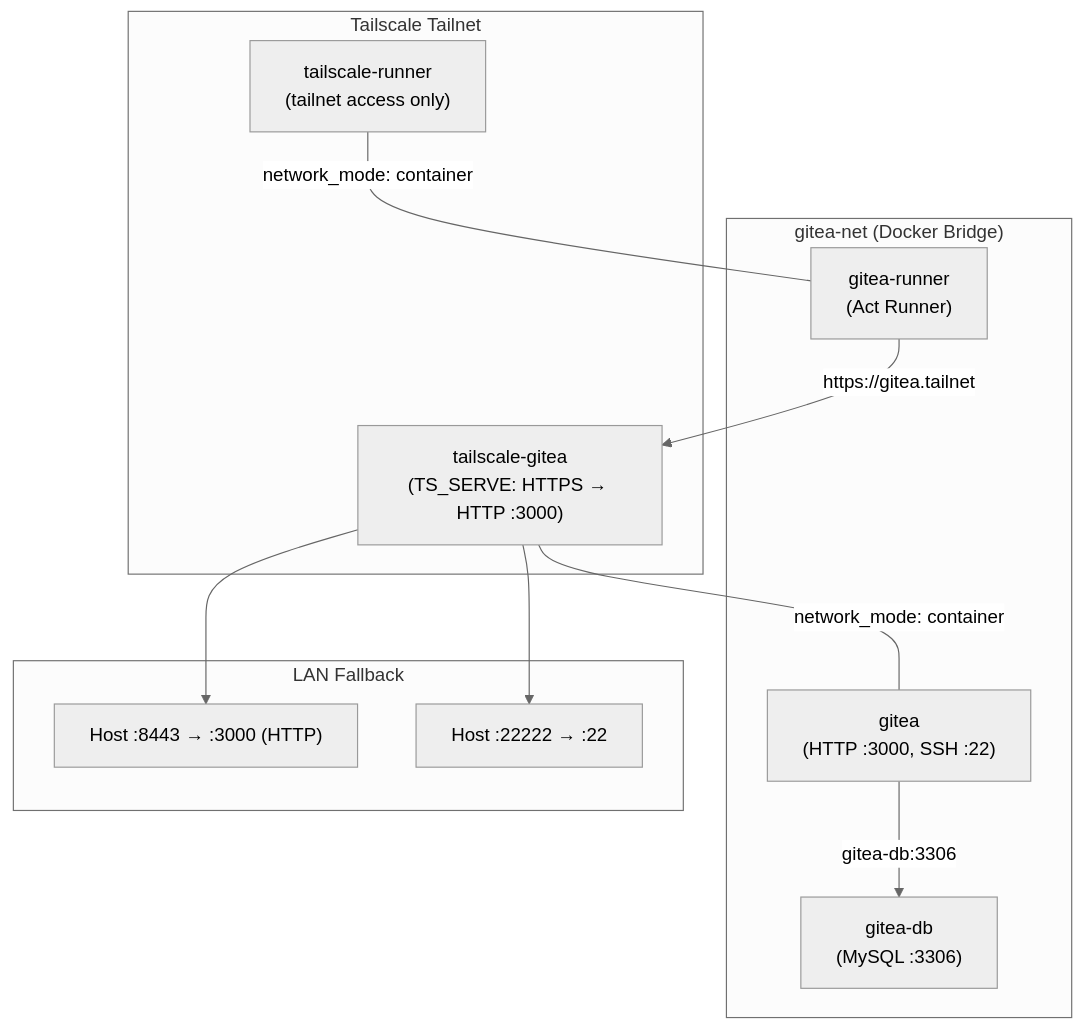
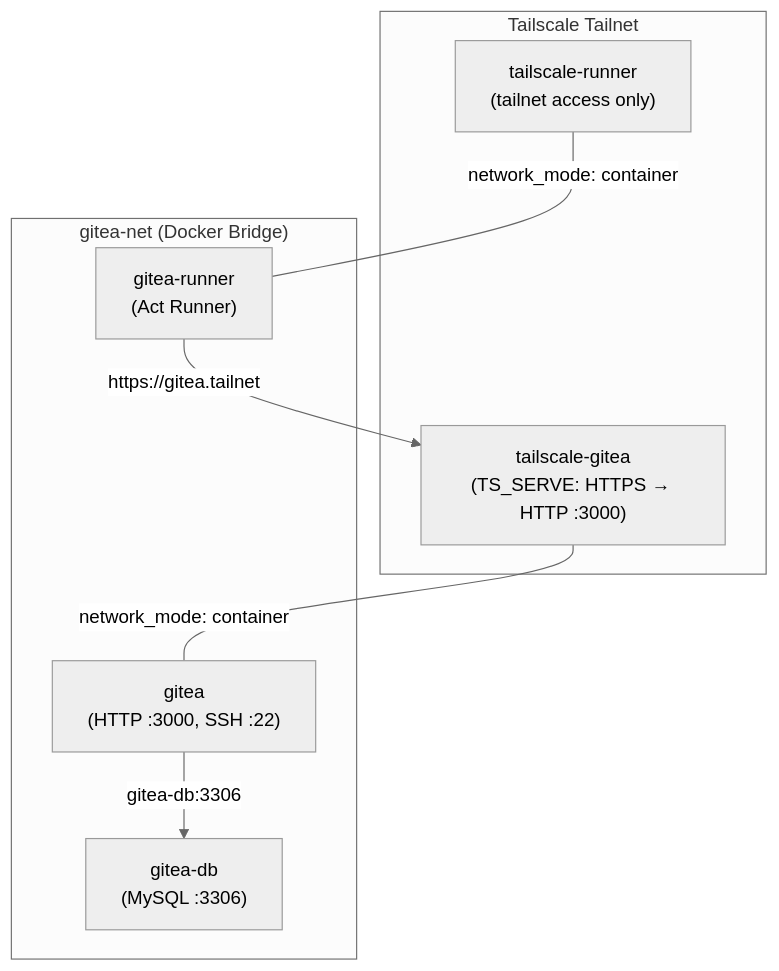
One commit to jaxzin/jaxzin-infra-bootstrap changed the first of 3 diagrams in README.md. Above: the diagram before and after it, drawn with Mermaid (neutral theme). The commit also changed other lines of this file and 2 other files, not shown here.

First line of the commit message:
Remove LAN fallback, all access via tailnet only

````diff
--- a/README.md
+++ b/README.md
@@ -64,20 +64,14 @@
 ```mermaid
 flowchart TB
     subgraph Tailnet["Tailscale Tailnet"]
         TG_TS["tailscale-gitea<br/>(TS_SERVE: HTTPS → HTTP :3000)"]
         TR_TS["tailscale-runner<br/>(tailnet access only)"]
     end
     subgraph DockerNet["gitea-net (Docker Bridge)"]
         TG_TS --- |"network_mode: container"| Gitea["gitea<br/>(HTTP :3000, SSH :22)"]
         DB["gitea-db<br/>(MySQL :3306)"]
         TR_TS --- |"network_mode: container"| Runner["gitea-runner<br/>(Act Runner)"]
     end
-    subgraph LAN["LAN Fallback"]
-        LAN_HTTP["Host :8443 → :3000 (HTTP)"]
-        LAN_SSH["Host :22222 → :22"]
-    end
-    TG_TS --> LAN_HTTP
-    TG_TS --> LAN_SSH
     Gitea --> |"gitea-db:3306"| DB
     Runner --> |"https://gitea.tailnet"| TG_TS
 ```
````
